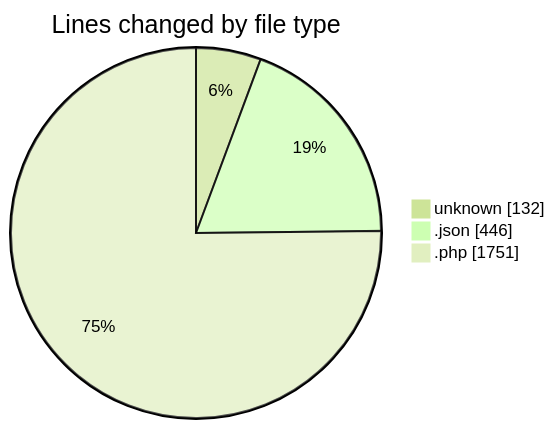
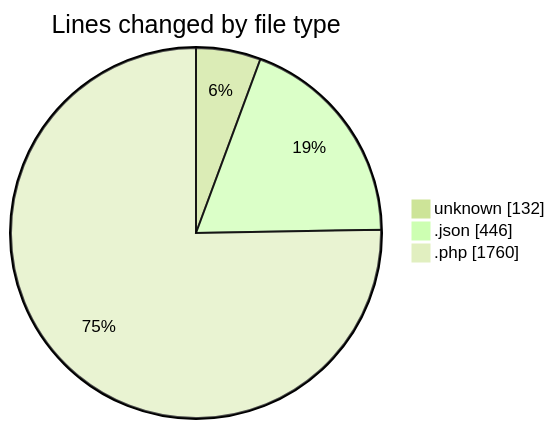
One commit to idhammustaqopulfikri/code-tracking changed the first of 2 diagrams in 2025-03-26/autodidak/README.md. Above: the diagram before and after it, drawn with Mermaid (forest theme). The commit also changed other lines of this file and 1 other file, not shown here.

````diff
--- a/2025-03-26/autodidak/README.md
+++ b/2025-03-26/autodidak/README.md
@@ -27,7 +27,7 @@
 ```mermaid
 pie showData
 title Lines changed by file type
 "unknown" : 132
 ".json" : 446
-".php" : 1751
+".php" : 1760
 ```
````
